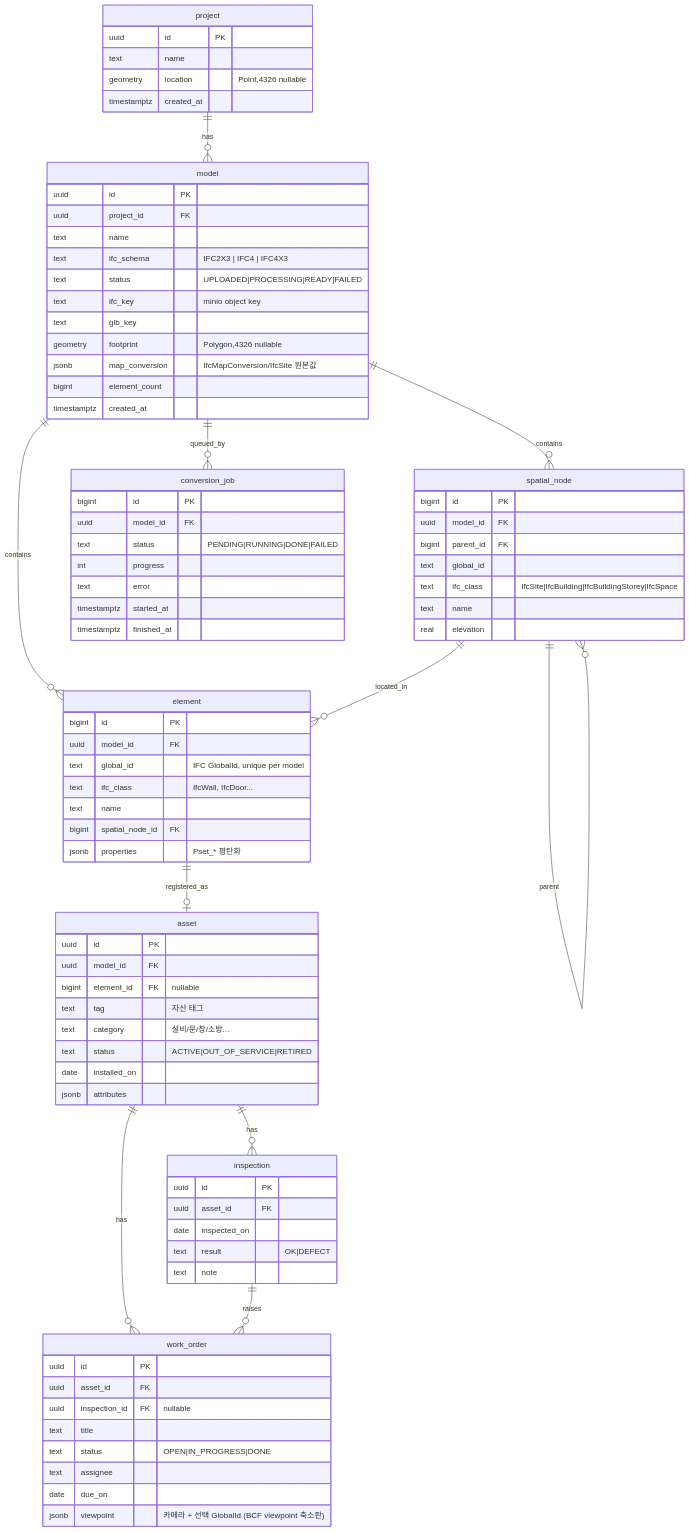
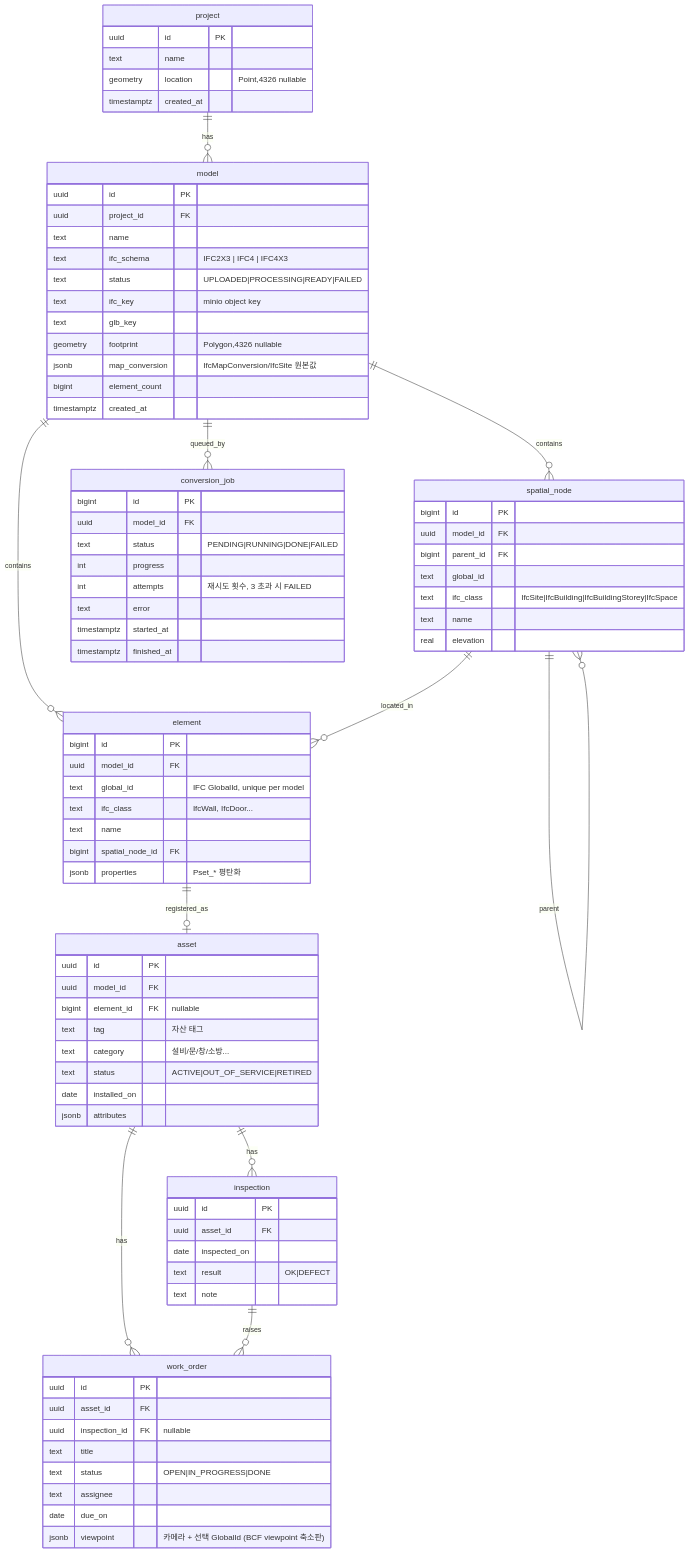
The diagram in docs/02-data-model.md (Gun-stack/bim-platform), drawn with Mermaid before and after one commit. The commit also changed other lines of this file and 21 other files, not shown here.

```diff
--- a/docs/02-data-model.md
+++ b/docs/02-data-model.md
@@ -55,6 +55,7 @@
     uuid model_id FK
     text status "PENDING|RUNNING|DONE|FAILED"
     int progress
+    int attempts "재시도 횟수, 3 초과 시 FAILED"
     text error
     timestamptz started_at
     timestamptz finished_at
```
